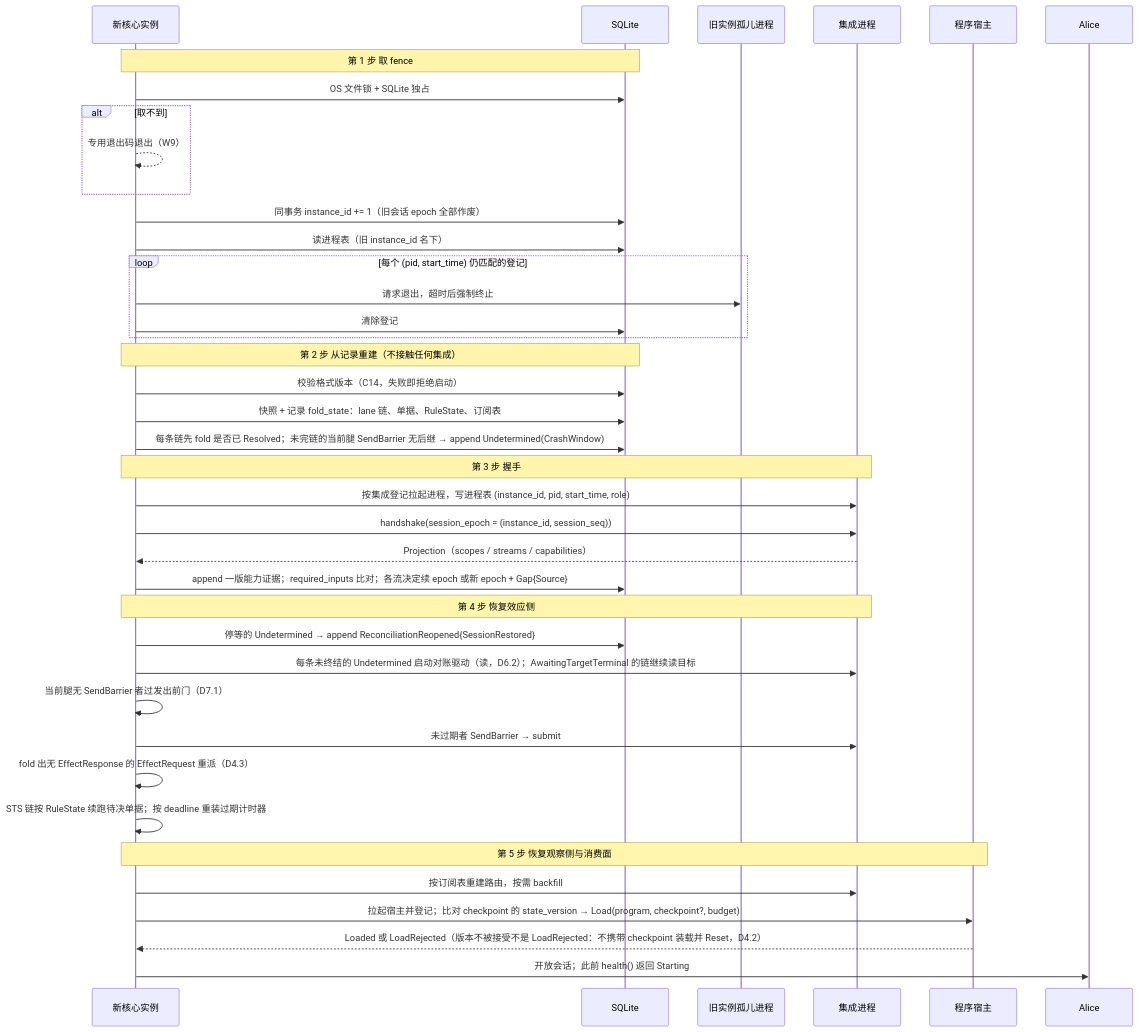
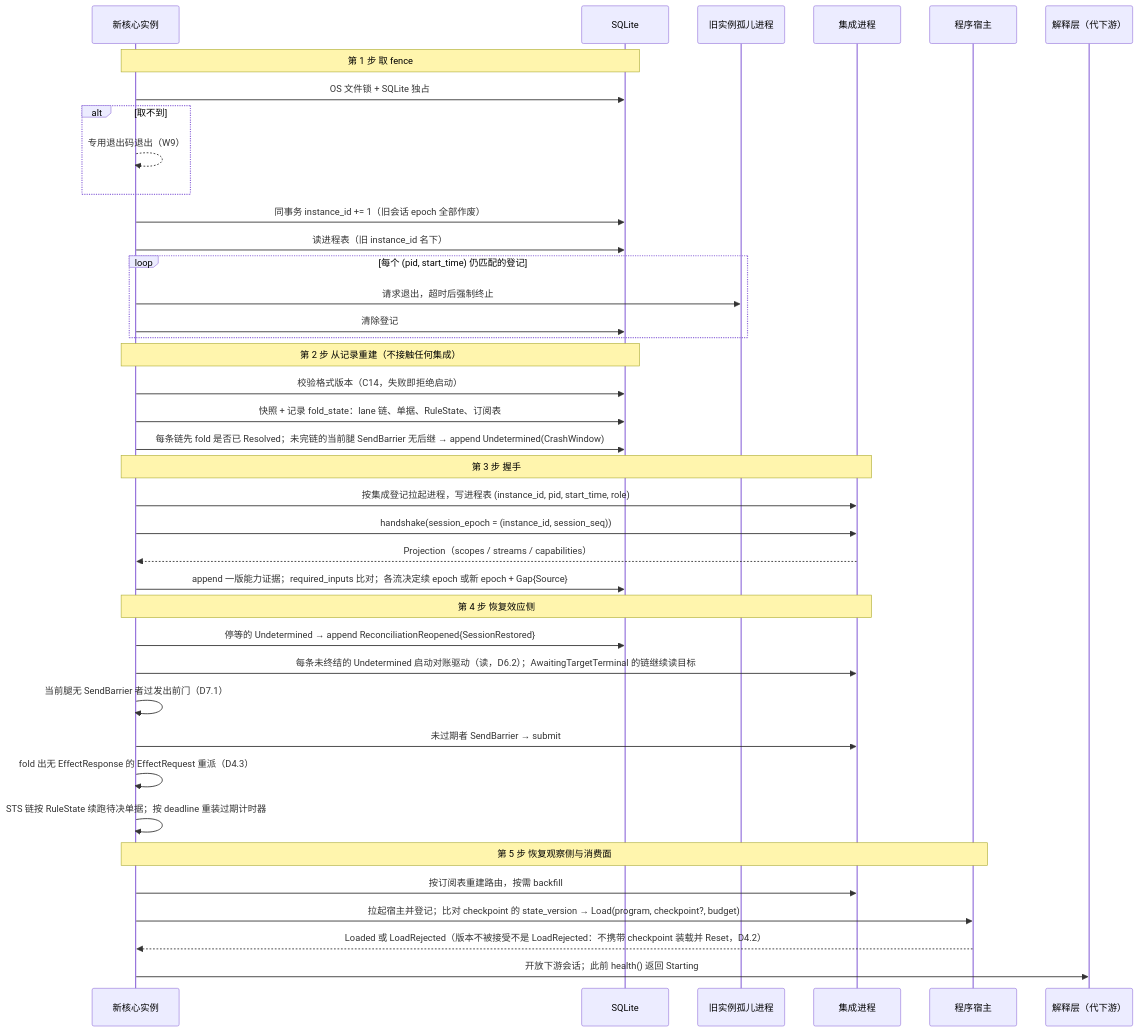
The second of 4 diagrams in design/diagrams/01-process-topology.md (mouriya-s-lab/uta), drawn with Mermaid before and after one commit. The commit also changed other lines of this file and 17 other files, not shown here.

````diff
--- a/design/diagrams/01-process-topology.md
+++ b/design/diagrams/01-process-topology.md
@@ -50,41 +53,41 @@
 ```mermaid
 sequenceDiagram
   participant N as 新核心实例
   participant DB as SQLite
   participant O as 旧实例孤儿进程
   participant I as 集成进程
   participant H as 程序宿主
-  participant A as Alice
+  participant A as 解释层（代下游）
   Note over N,DB: 第 1 步 取 fence
   N->>DB: OS 文件锁 + SQLite 独占
   alt 取不到
     N-->>N: 专用退出码退出（W9）
   end
   N->>DB: 同事务 instance_id += 1（旧会话 epoch 全部作废）
   N->>DB: 读进程表（旧 instance_id 名下）
   loop 每个 (pid, start_time) 仍匹配的登记
     N->>O: 请求退出，超时后强制终止
     N->>DB: 清除登记
   end
   Note over N,DB: 第 2 步 从记录重建（不接触任何集成）
   N->>DB: 校验格式版本（C14，失败即拒绝启动）
   N->>DB: 快照 + 记录 fold_state：lane 链、单据、RuleState、订阅表
   N->>DB: 每条链先 fold 是否已 Resolved；未完链的当前腿 SendBarrier 无后继 → append Undetermined(CrashWindow)
   Note over N,I: 第 3 步 握手
   N->>I: 按集成登记拉起进程，写进程表 (instance_id, pid, start_time, role)
   N->>I: handshake(session_epoch = (instance_id, session_seq))
   I-->>N: Projection（scopes / streams / capabilities）
   N->>DB: append 一版能力证据；required_inputs 比对；各流决定续 epoch 或新 epoch + Gap{Source}
   Note over N,I: 第 4 步 恢复效应侧
   N->>DB: 停等的 Undetermined → append ReconciliationReopened{SessionRestored}
   N->>I: 每条未终结的 Undetermined 启动对账驱动（读，D6.2）；AwaitingTargetTerminal 的链继续读目标
   N->>N: 当前腿无 SendBarrier 者过发出前门（D7.1）
   N->>I: 未过期者 SendBarrier → submit
   N->>N: fold 出无 EffectResponse 的 EffectRequest 重派（D4.3）
   N->>N: STS 链按 RuleState 续跑待决单据；按 deadline 重装过期计时器
   Note over N,H: 第 5 步 恢复观察侧与消费面
   N->>I: 按订阅表重建路由，按需 backfill
   N->>H: 拉起宿主并登记；比对 checkpoint 的 state_version → Load(program, checkpoint?, budget)
   H-->>N: Loaded 或 LoadRejected（版本不被接受不是 LoadRejected：不携带 checkpoint 装载并 Reset，D4.2）
-  N->>A: 开放会话；此前 health() 返回 Starting
+  N->>A: 开放下游会话；此前 health() 返回 Starting
 ```
````
